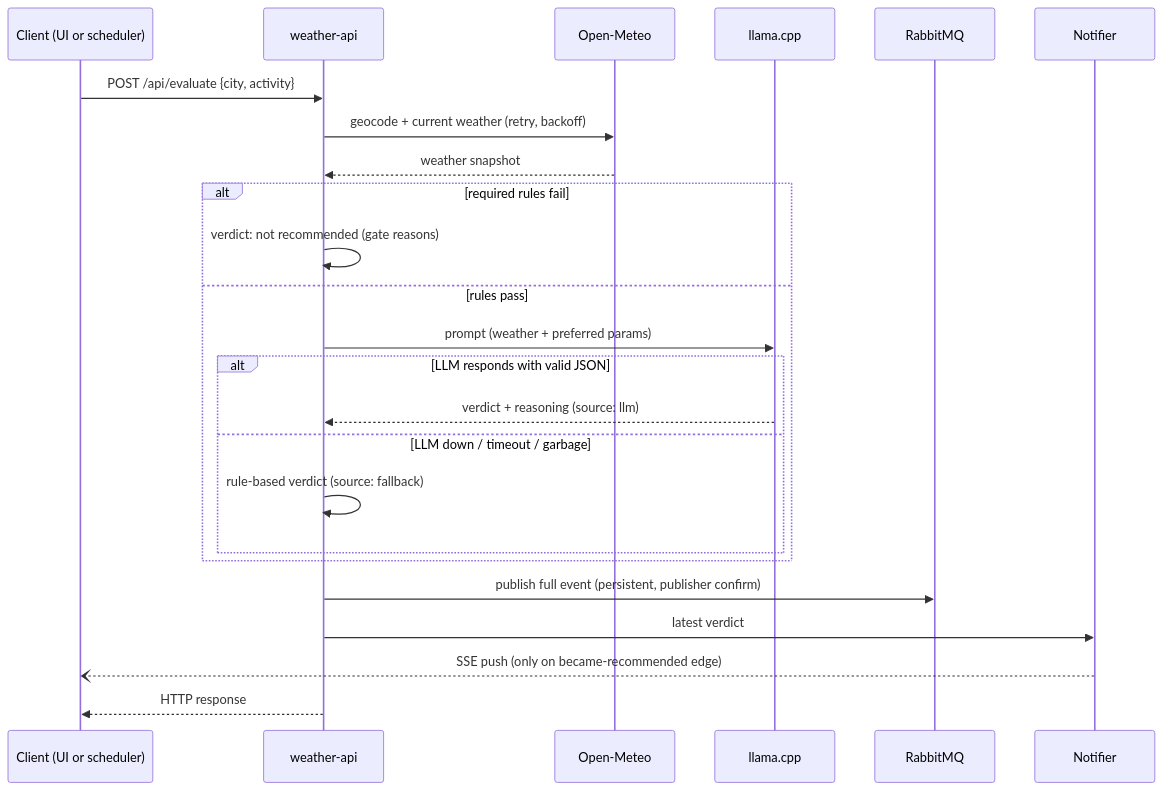
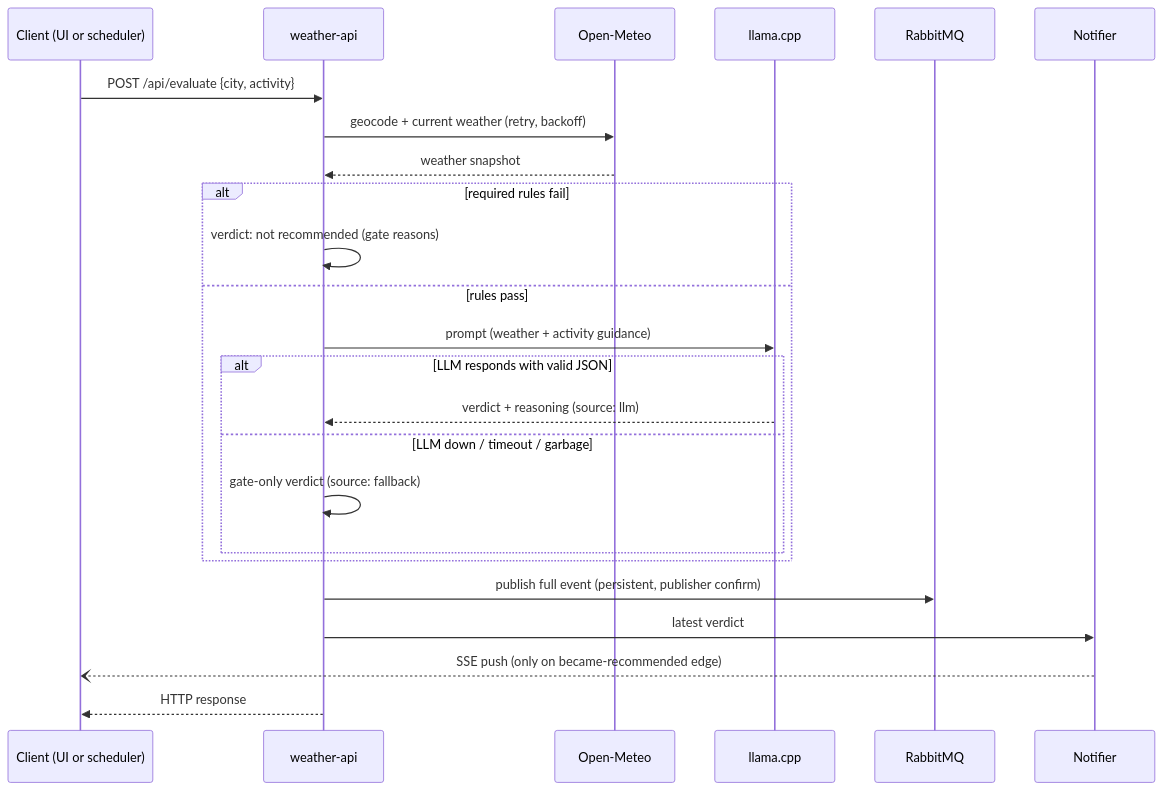
The third of 3 diagrams in DESIGN.md (ChefControl/what-da-weather), drawn with Mermaid before and after one commit. The commit also changed other lines of this file and 6 other files, not shown here.

First line of the commit message:
Replace preferred-constraint lists with per-activity LLM prompts

````diff
--- a/DESIGN.md
+++ b/DESIGN.md
@@ -117,27 +119,27 @@
 ```mermaid
 sequenceDiagram
     participant C as Client (UI or scheduler)
     participant A as weather-api
     participant OM as Open-Meteo
     participant L as llama.cpp
     participant Q as RabbitMQ
     participant N as Notifier
 
     C->>A: POST /api/evaluate {city, activity}
     A->>OM: geocode + current weather (retry, backoff)
     OM-->>A: weather snapshot
     alt required rules fail
         A->>A: verdict: not recommended (gate reasons)
     else rules pass
-        A->>L: prompt (weather + preferred params)
+        A->>L: prompt (weather + activity guidance)
         alt LLM responds with valid JSON
             L-->>A: verdict + reasoning (source: llm)
         else LLM down / timeout / garbage
-            A->>A: rule-based verdict (source: fallback)
+            A->>A: gate-only verdict (source: fallback)
         end
     end
     A->>Q: publish full event (persistent, publisher confirm)
     A->>N: latest verdict
     N--)C: SSE push (only on became-recommended edge)
     A-->>C: HTTP response
 ```
````
